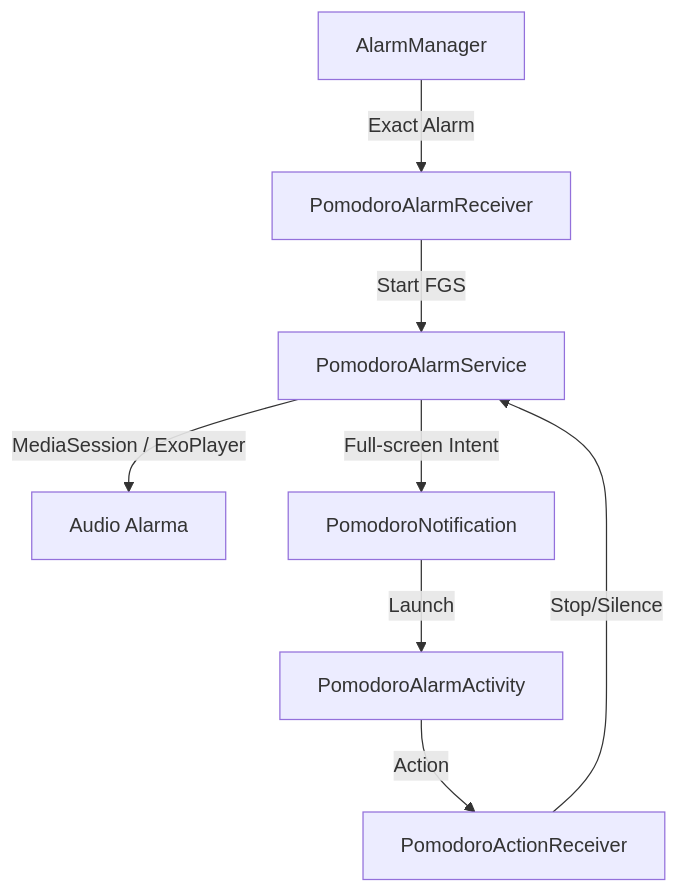
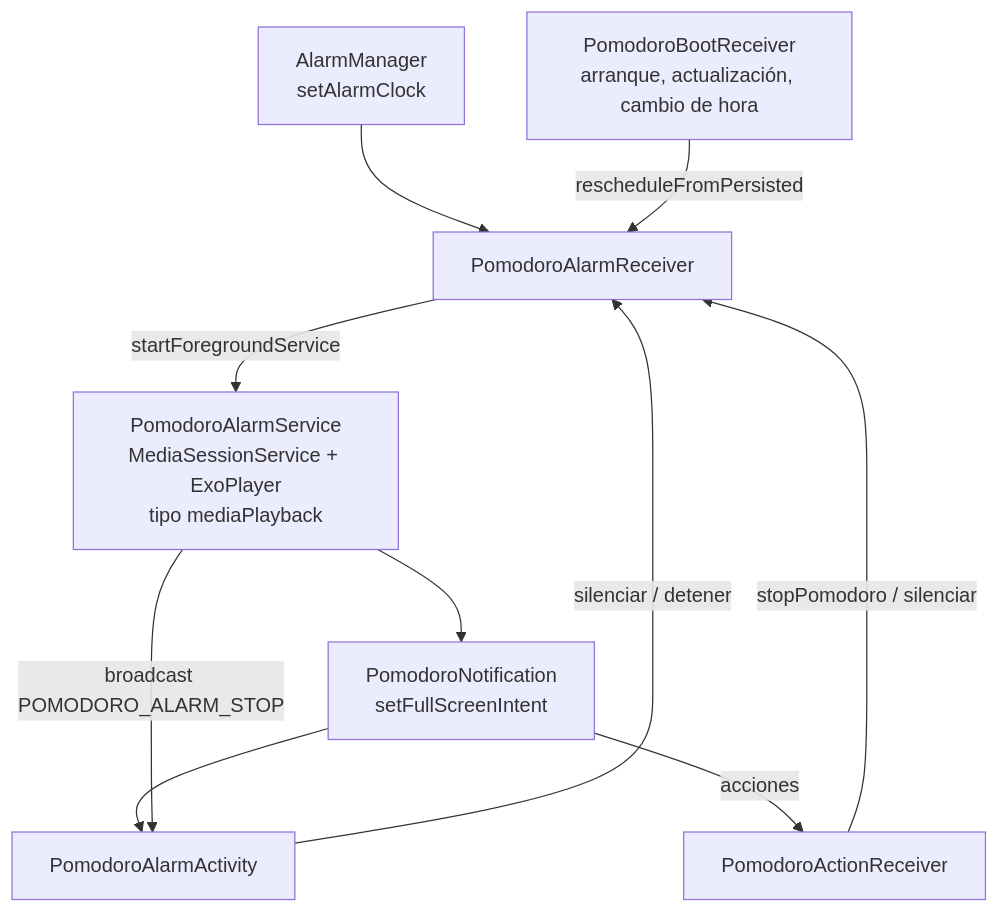
Before and after one commit to JoaquinSasso/MiniToolbox: the fourth of 4 diagrams in docs/architecture.md, drawn with Mermaid. The commit also changed other lines of this file and 3 other files, not shown here.

First line of the commit message:
docs(architecture): verificar contra master y actualizar diagramas y conteos

````diff
--- a/docs/architecture.md
+++ b/docs/architecture.md
@@ -136,10 +154,12 @@
 ```mermaid
 flowchart TD
-    AM[AlarmManager] -->|Exact Alarm| AR[PomodoroAlarmReceiver]
-    AR -->|Start FGS| AS[PomodoroAlarmService]
-    AS -->|MediaSession / ExoPlayer| Audio[Audio Alarma]
-    AS -->|Full-screen Intent| Notif[PomodoroNotification]
-    Notif -->|Launch| Act[PomodoroAlarmActivity]
-    Act -->|Action| Receiver[PomodoroActionReceiver]
-    Receiver -->|Stop/Silence| AS
+    AM["AlarmManager<br/>setAlarmClock"] --> AR[PomodoroAlarmReceiver]
+    BR["PomodoroBootReceiver<br/>arranque, actualización, cambio de hora"] -->|rescheduleFromPersisted| AR
+    AR -->|startForegroundService| AS["PomodoroAlarmService<br/>MediaSessionService + ExoPlayer<br/>tipo mediaPlayback"]
+    AS --> N["PomodoroNotification<br/>setFullScreenIntent"]
+    N --> ACT[PomodoroAlarmActivity]
+    N -->|acciones| ACR[PomodoroActionReceiver]
+    ACT -->|"silenciar / detener"| AR
+    ACR -->|"stopPomodoro / silenciar"| AR
+    AS -->|"broadcast POMODORO_ALARM_STOP"| ACT
 ```
````
